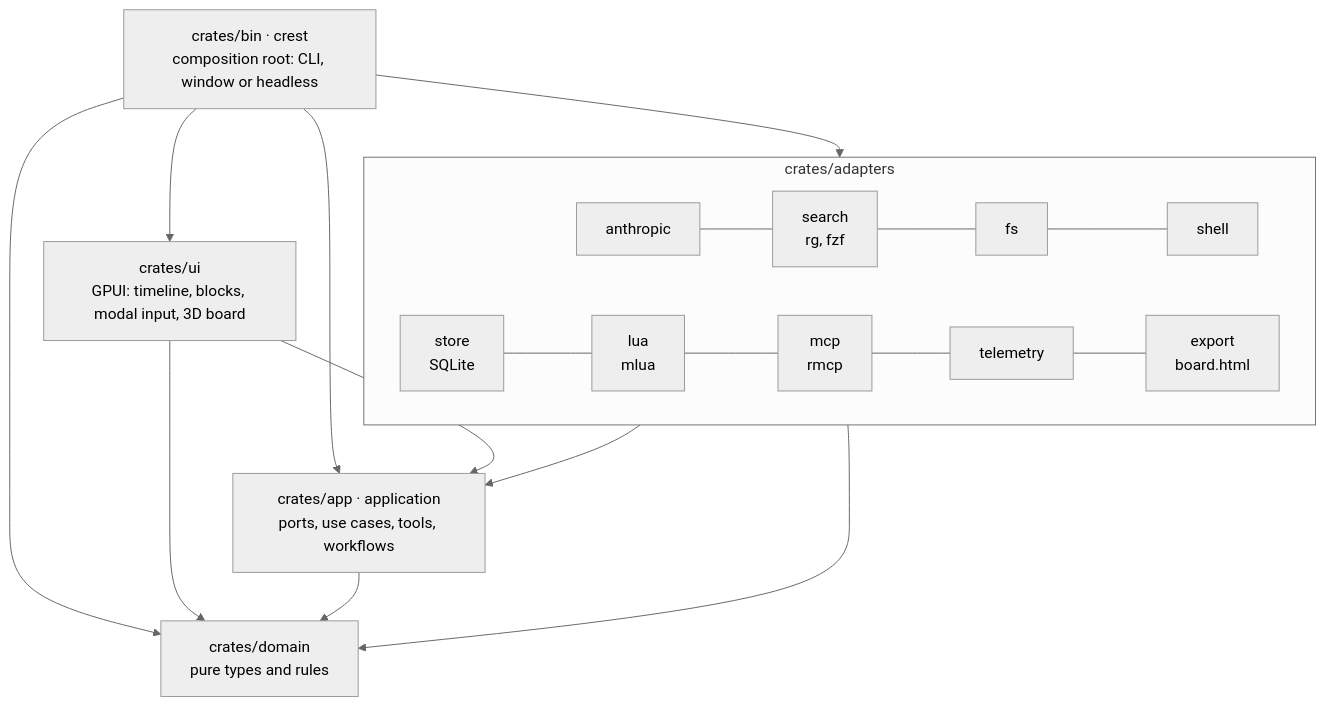
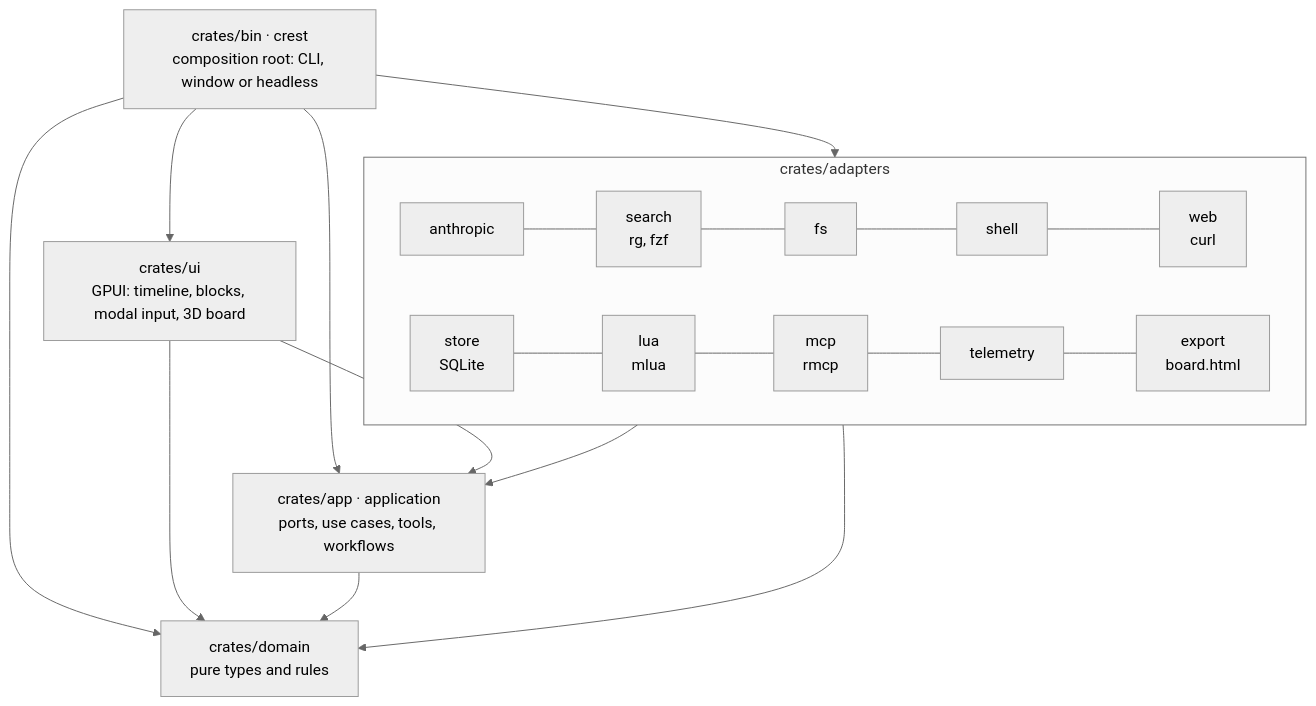
One commit to lazaroMB/crest changed the diagram in README.md. Above: the diagram before and after it, drawn with Mermaid (neutral theme). The commit also changed other lines of this file and 4 other files, not shown here.

First line of the commit message:
docs: web search

````diff
--- a/README.md
+++ b/README.md
@@ -123,16 +124,16 @@
 ```mermaid
 flowchart TB
     bin["crates/bin · crest<br/>composition root: CLI, window or headless"]
     ui["crates/ui<br/>GPUI: timeline, blocks, modal input, 3D board"]
     subgraph adapters["crates/adapters"]
         direction LR
-        anthropic["anthropic"] --- search["search<br/>rg, fzf"] --- fs["fs"] --- shell["shell"]
+        anthropic["anthropic"] --- search["search<br/>rg, fzf"] --- fs["fs"] --- shell["shell"] --- web["web<br/>curl"]
         store["store<br/>SQLite"] --- lua["lua<br/>mlua"] --- mcp["mcp<br/>rmcp"] --- telemetry["telemetry"] --- export["export<br/>board.html"]
     end
     app["crates/app · application<br/>ports, use cases, tools, workflows"]
     domain["crates/domain<br/>pure types and rules"]
     bin --> ui & adapters & app & domain
     ui --> app & domain
     adapters --> app & domain
     app --> domain
 ```
````
